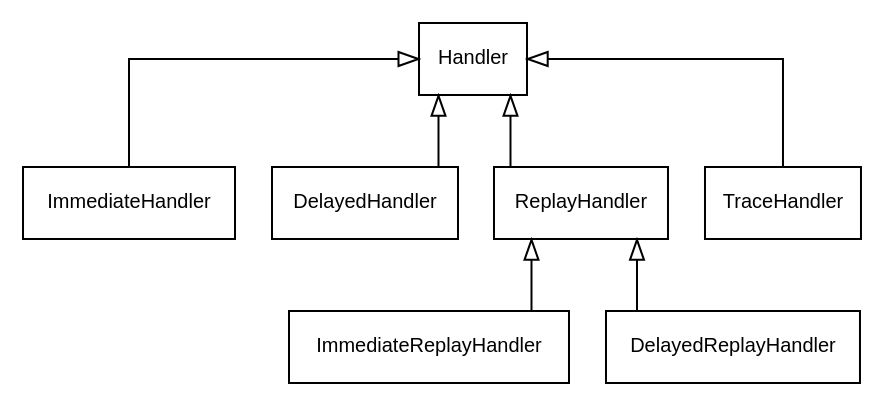
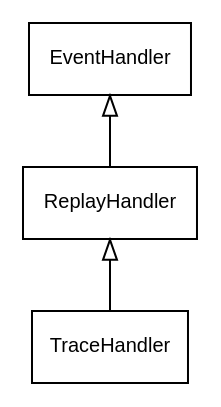
One commit to lawmurray/Birch changed the diagram in docs/figs/Handler.dot. Above: the diagram before and after it, drawn with Graphviz. The commit also changed 17 other files, not shown here.

Commit message:
Simplified event handler classes.

```diff
--- a/docs/figs/Handler.dot
+++ b/docs/figs/Handler.dot
@@ -1,22 +1,14 @@
 digraph {
   splines=ortho
   concentrate=true
   rankdir=BT
   node [shape=box,fontname=Helvetica,fontsize=10,margin="0.1,0.01"]
   edge [arrowhead=empty]
 
-  Handler [href="../classes/Handler/",target="_top"]
-  ImmediateHandler [href="../classes/ImmediateHandler/",target="_top"]
-  DelayedHandler [href="../classes/DelayedHandler/",target="_top"]
+  EventHandler [href="../classes/EventHandler/",target="_top"]
   ReplayHandler [href="../classes/ReplayHandler/",target="_top"]
-  ImmediateReplayHandler [href="../classes/ImmediateReplayHandler/",target="_top"]
-  DelayedReplayHandler [href="../classes/DelayedReplayHandler/",target="_top"]
   TraceHandler [href="../classes/TraceHandler/",target="_top"]
 
-  ImmediateHandler -> Handler
-  DelayedHandler -> Handler
-  ReplayHandler -> Handler
-  ImmediateReplayHandler -> ReplayHandler
-  DelayedReplayHandler -> ReplayHandler
-  TraceHandler -> Handler
+  ReplayHandler -> EventHandler
+  TraceHandler -> ReplayHandler
 }
```
